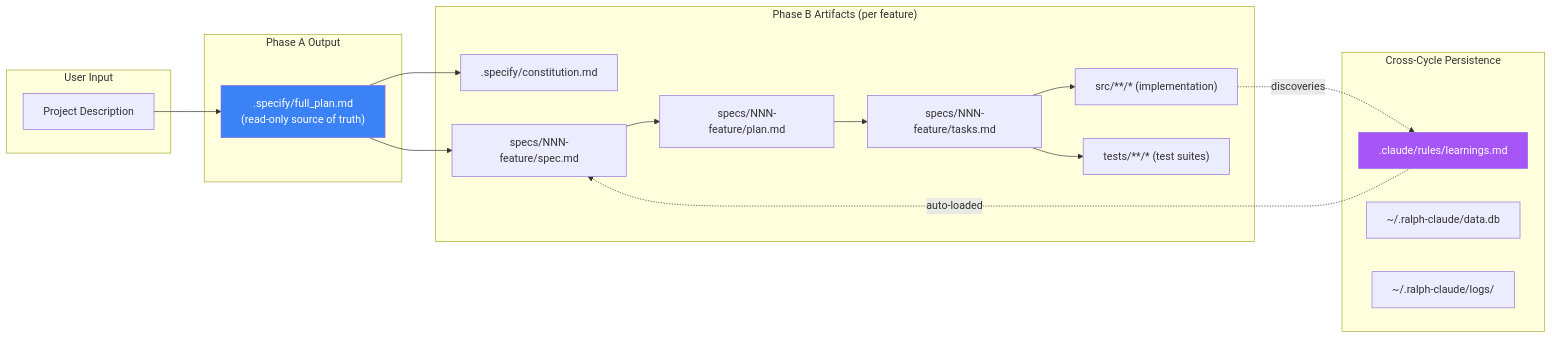
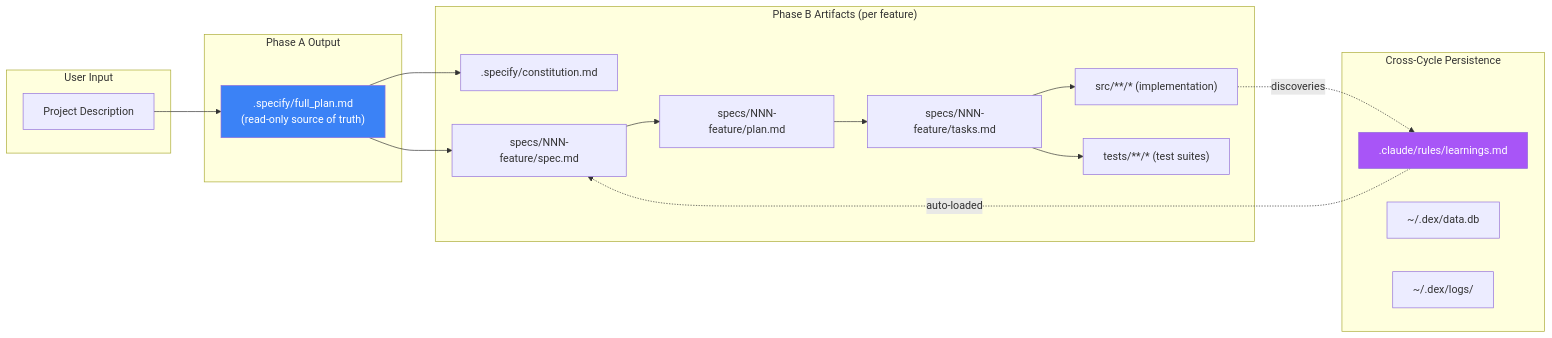
The ninth of 11 diagrams in docs/SOLUTION.md (lukaskellerstein/ralph-claude), drawn with Mermaid before and after one commit. The commit also changed other lines of this file and 35 other files, not shown here.

````diff
--- a/docs/SOLUTION.md
+++ b/docs/SOLUTION.md
@@ -388,38 +388,38 @@
 ```mermaid
 flowchart LR
     subgraph "User Input"
         DESC[Project Description]
     end
 
     subgraph "Phase A Output"
         FP[".specify/full_plan.md\n(read-only source of truth)"]
     end
 
     subgraph "Phase B Artifacts (per feature)"
         CONST[".specify/constitution.md"]
         SPEC["specs/NNN-feature/spec.md"]
         PLAN["specs/NNN-feature/plan.md"]
         TASKS["specs/NNN-feature/tasks.md"]
         CODE["src/**/* (implementation)"]
         TESTS["tests/**/* (test suites)"]
     end
 
     subgraph "Cross-Cycle Persistence"
         LEARN[".claude/rules/learnings.md"]
-        DBFILE["~/.ralph-claude/data.db"]
-        LOGS["~/.ralph-claude/logs/"]
+        DBFILE["~/.dex/data.db"]
+        LOGS["~/.dex/logs/"]
     end
 
     DESC --> FP
     FP --> CONST
     FP --> SPEC
     SPEC --> PLAN
     PLAN --> TASKS
     TASKS --> CODE
     TASKS --> TESTS
     CODE -.->|discoveries| LEARN
     LEARN -.->|auto-loaded| SPEC
 
     style FP fill:#3b82f6,color:#fff
     style LEARN fill:#a855f7,color:#fff
 ```
````
